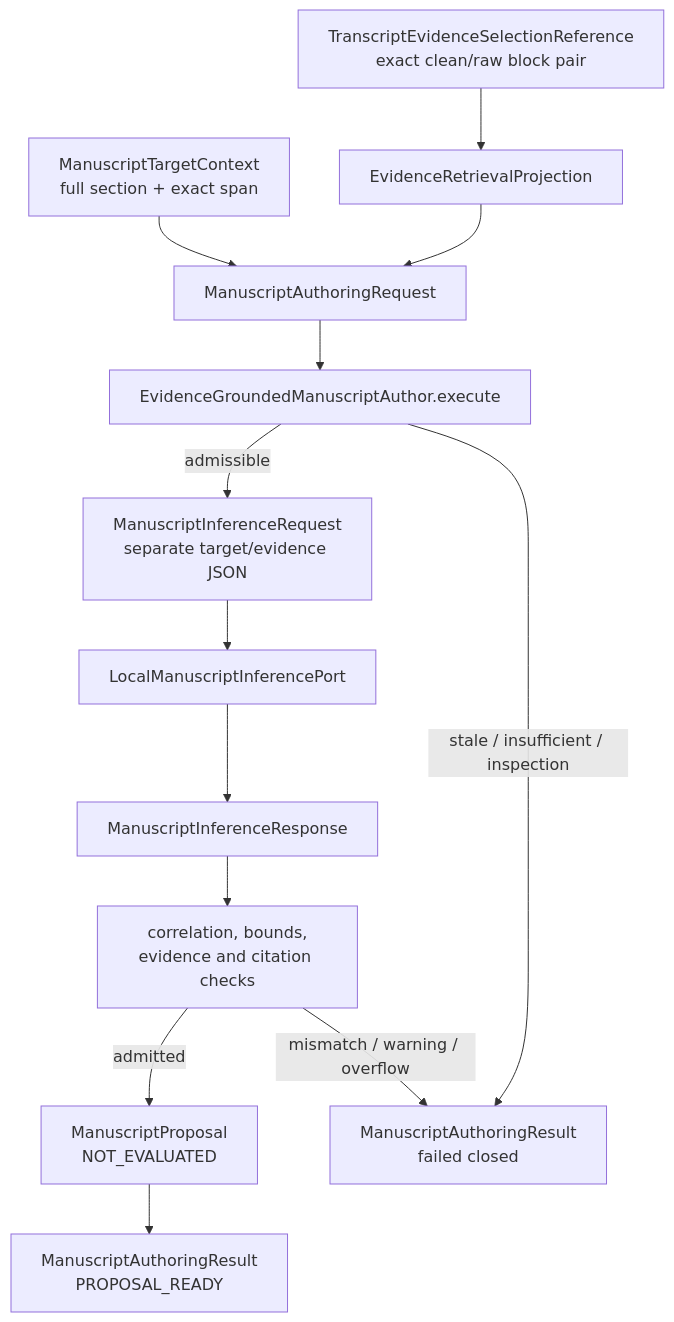
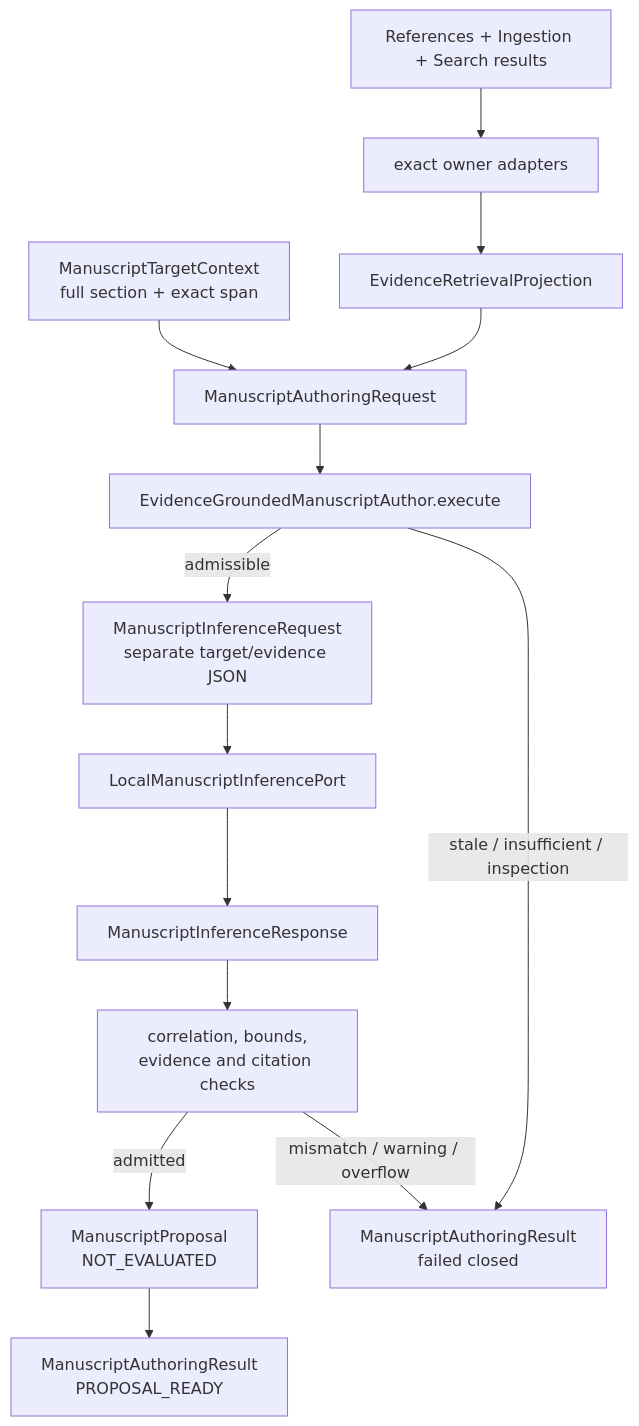
One commit to eragasa/ksdft2effmass changed the diagram in docs/architecture/ksdft2effmass/publications/authoring/schematic.md. Above: the diagram before and after it, drawn with Mermaid. The commit also changed 42 other files, not shown here.

````diff
--- a/docs/architecture/ksdft2effmass/publications/authoring/schematic.md
+++ b/docs/architecture/ksdft2effmass/publications/authoring/schematic.md
@@ -3,27 +3,29 @@
 ```mermaid
 flowchart TD
     Target["ManuscriptTargetContext<br/>full section + exact span"]
-    Ingestion["TranscriptEvidenceSelectionReference<br/>exact clean/raw block pair"]
+    Owners["References + Ingestion + Search results"]
+    Adapters["exact owner adapters"]
     Retrieval["EvidenceRetrievalProjection"]
     Request["ManuscriptAuthoringRequest"]
     Author["EvidenceGroundedManuscriptAuthor.execute"]
     Prompt["ManuscriptInferenceRequest<br/>separate target/evidence JSON"]
     Port["LocalManuscriptInferencePort"]
     Response["ManuscriptInferenceResponse"]
     Checks["correlation, bounds,<br/>evidence and citation checks"]
     Proposal["ManuscriptProposal<br/>NOT_EVALUATED"]
     Failure["ManuscriptAuthoringResult<br/>failed closed"]
 
     Target --> Request
-    Ingestion --> Retrieval
+    Owners --> Adapters
+    Adapters --> Retrieval
     Retrieval --> Request
     Request --> Author
     Author -->|admissible| Prompt
     Author -->|stale / insufficient / inspection| Failure
     Prompt --> Port
     Port --> Response
     Response --> Checks
     Checks -->|admitted| Proposal
     Checks -->|mismatch / warning / overflow| Failure
     Proposal --> Result["ManuscriptAuthoringResult<br/>PROPOSAL_READY"]
 ```
````
